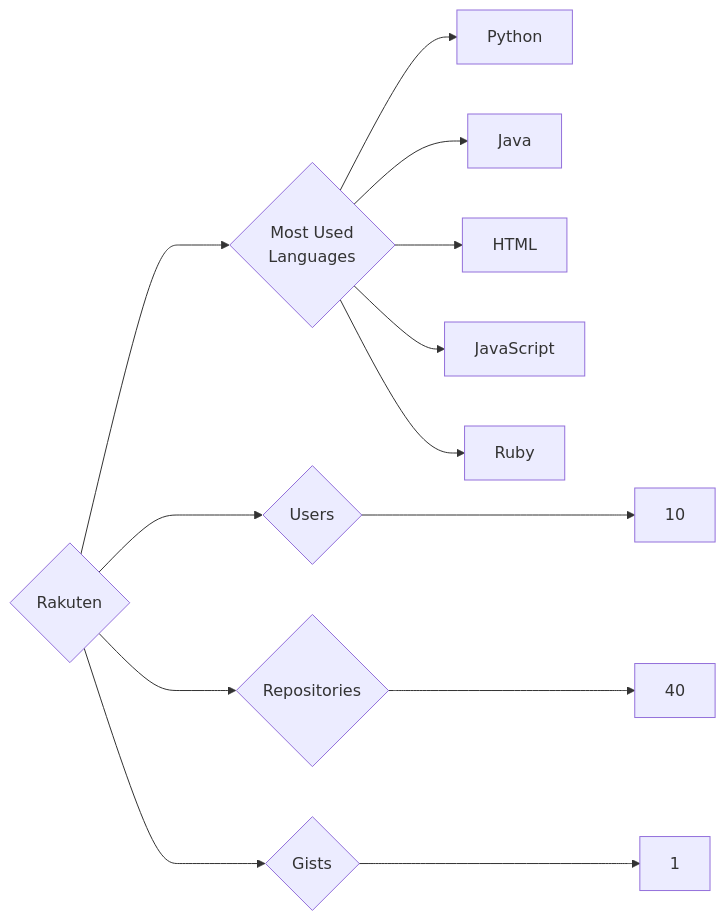
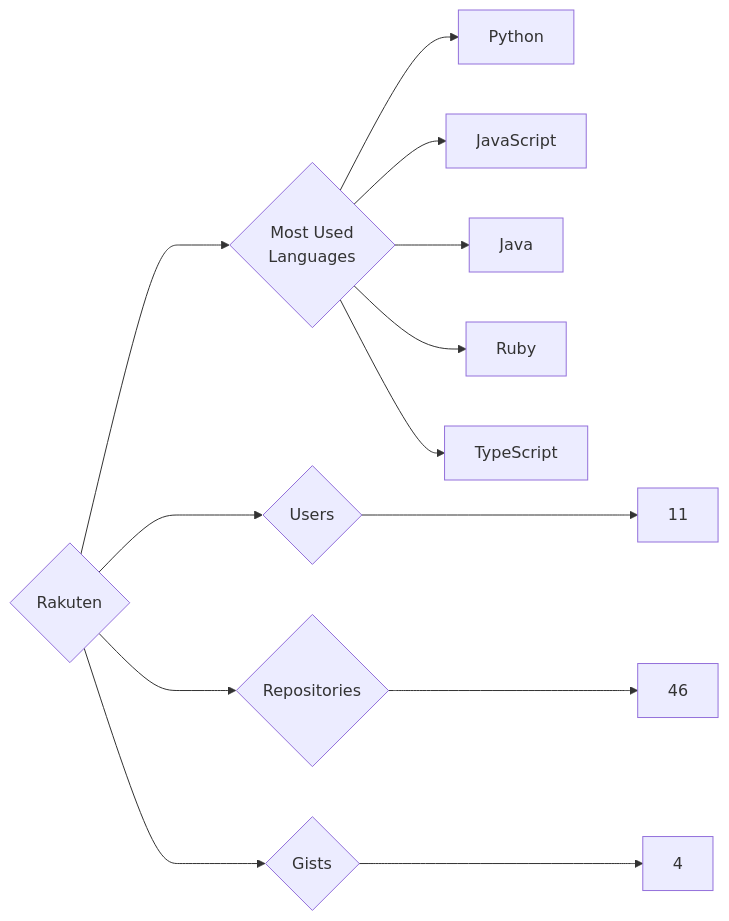
One commit to trickest/insiders changed the diagram in targets/Rakuten/README.md. Above: the diagram before and after it, drawn with Mermaid. The commit also changed 1479 other files, not shown here.

````diff
--- a/targets/Rakuten/README.md
+++ b/targets/Rakuten/README.md
@@ -3,13 +3,13 @@
 ```mermaid
 graph LR
 COMPANY_NAME{Rakuten}
-COMPANY_NAME ---> U{Users} ---> UN[10]
-COMPANY_NAME ---> R{Repositories} ---> RN[40]
-COMPANY_NAME ---> G{Gists} ---> GN[1]
+COMPANY_NAME ---> U{Users} ---> UN[11]
+COMPANY_NAME ---> R{Repositories} ---> RN[46]
+COMPANY_NAME ---> G{Gists} ---> GN[4]
 COMPANY_NAME ---> ML{Most Used<br>Languages}
 ML --> Python[Python]
+ML --> JavaScript[JavaScript]
 ML --> Java[Java]
-ML --> HTML[HTML]
-ML --> JavaScript[JavaScript]
 ML --> Ruby[Ruby]
+ML --> TypeScript[TypeScript]
 ```
````
